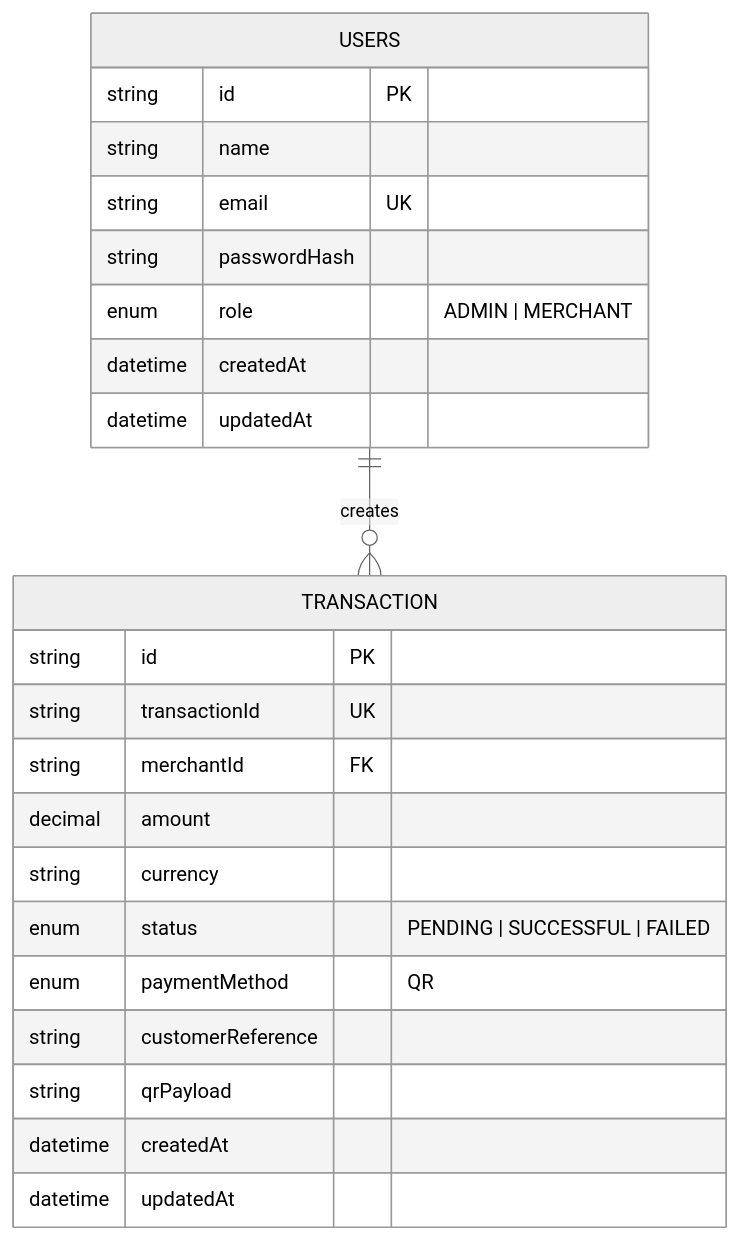
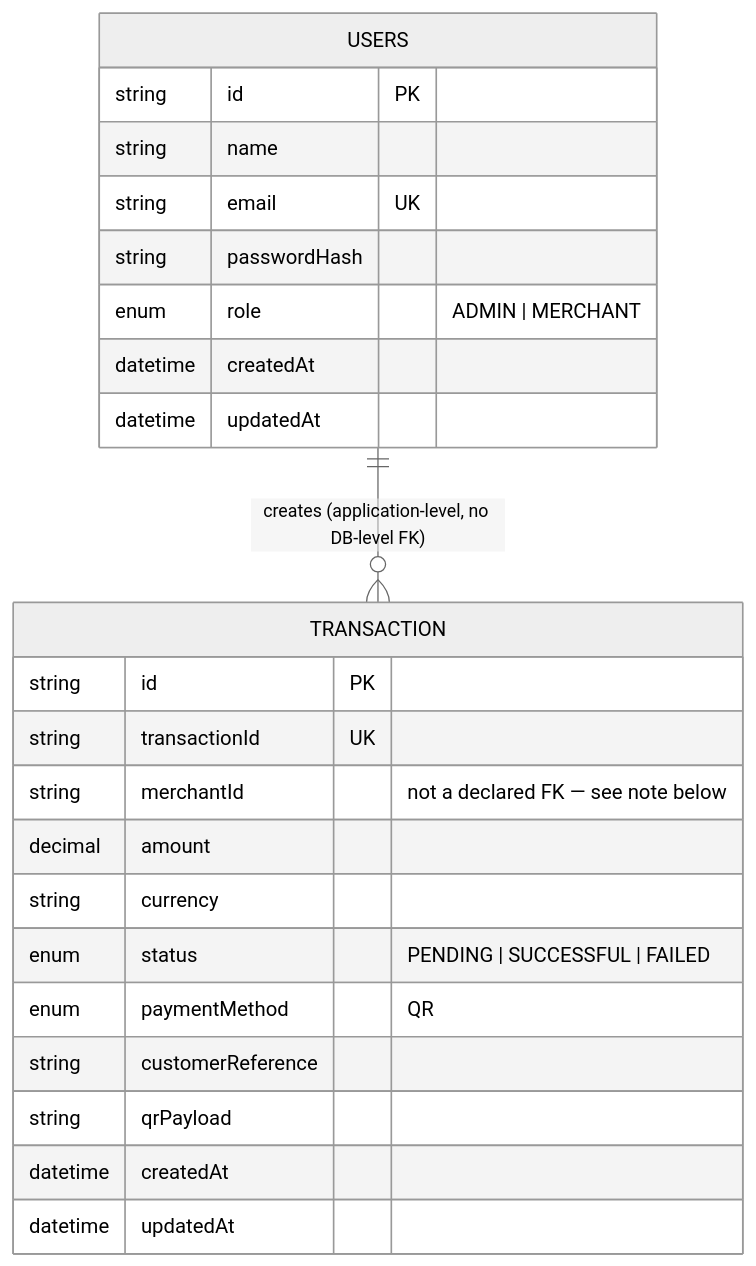
One commit to RacTCode/PayFlow changed the third of 4 diagrams in README.md. Above: the diagram before and after it, drawn with Mermaid (neutral theme). The commit also changed other lines of this file, not shown here.

````diff
--- a/README.md
+++ b/README.md
@@ -237,26 +247,26 @@
 ```mermaid
 erDiagram
-    USERS ||--o{ TRANSACTION : "creates"
+    USERS ||--o{ TRANSACTION : "creates (application-level, no DB-level FK)"
     USERS {
         string id PK
         string name
         string email UK
         string passwordHash
         enum role "ADMIN | MERCHANT"
         datetime createdAt
         datetime updatedAt
     }
     TRANSACTION {
         string id PK
         string transactionId UK
-        string merchantId FK
+        string merchantId "not a declared FK — see note below"
         decimal amount
         string currency
         enum status "PENDING | SUCCESSFUL | FAILED"
         enum paymentMethod "QR"
         string customerReference
         string qrPayload
         datetime createdAt
         datetime updatedAt
     }
 ```
````
